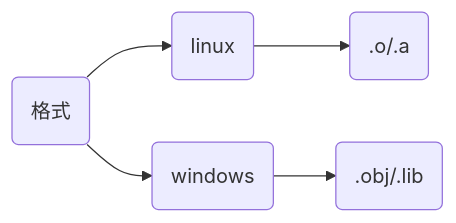
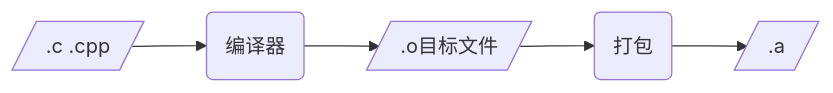
Before and after one commit to dmjcb/dmjcb.github.io: the first of 2 diagrams in _posts/language/c_c++/library/2022-08-15-静态库.md, drawn with Mermaid. The commit also changed other lines of this file and 2 other files, not shown here.

````diff
--- a/_posts/language/c_c++/library/2022-08-15-静态库.md
+++ b/_posts/language/c_c++/library/2022-08-15-静态库.md
@@ -11,6 +57,4 @@
 ```mermaid
 graph LR;
-    X(格式)
-    X --> A(linux) --> A1(".o/.a")
-    X --> B(windows) --> B1(".obj/.lib")
+    A[/.c .cpp/]-->X(编译器)-->B[/.o目标文件/]-->Y(打包)-->C[/.a/]
 ```
````
